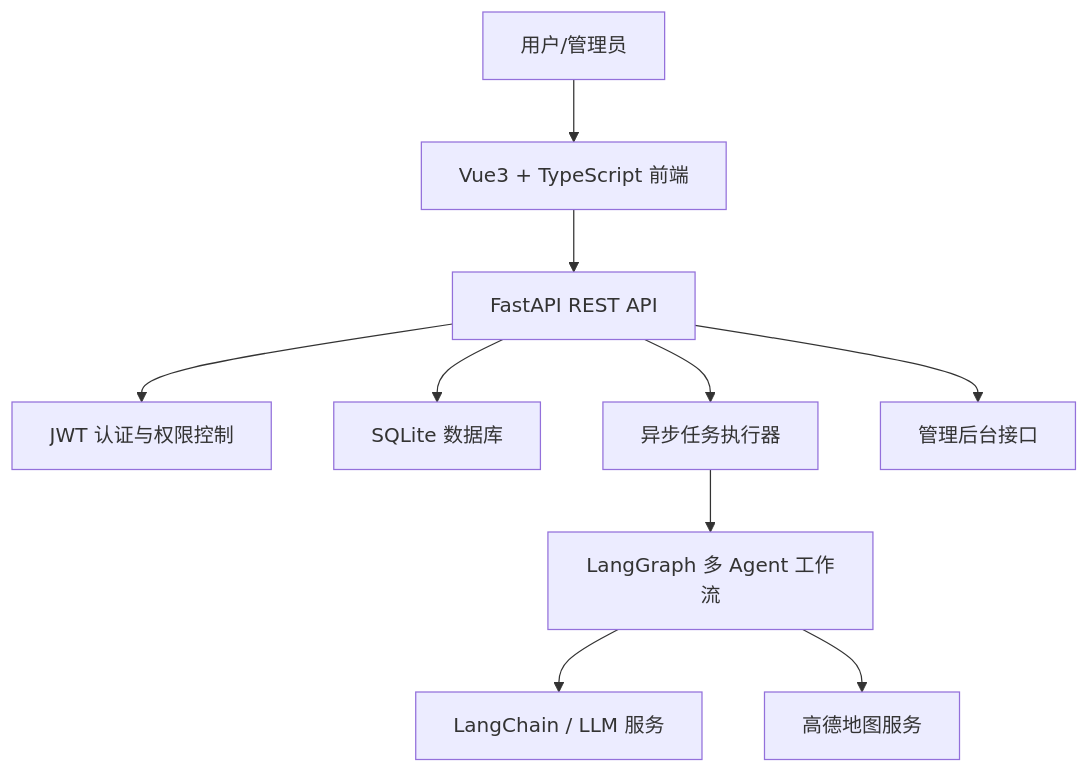
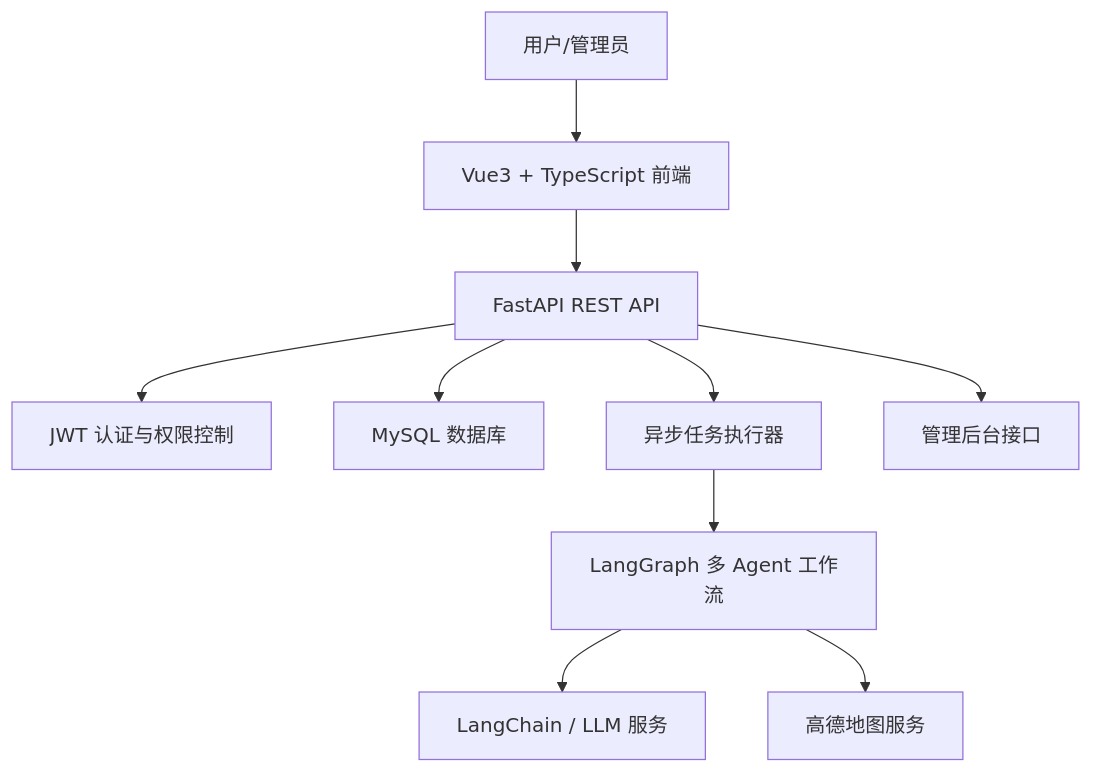
One commit to yirundong/tripmind-intelligent-trip-planner changed the first of 4 diagrams in docs/ARCHITECTURE.md. Above: the diagram before and after it, drawn with Mermaid. The commit also changed other lines of this file and 6 other files, not shown here.

````diff
--- a/docs/ARCHITECTURE.md
+++ b/docs/ARCHITECTURE.md
@@ -7,12 +7,12 @@
 ```mermaid
 flowchart TB
   U["用户/管理员"] --> F["Vue3 + TypeScript 前端"]
   F --> A["FastAPI REST API"]
   A --> Auth["JWT 认证与权限控制"]
-  A --> DB["SQLite 数据库"]
+  A --> DB["MySQL 数据库"]
   A --> Task["异步任务执行器"]
   Task --> G["LangGraph 多 Agent 工作流"]
   G --> LLM["LangChain / LLM 服务"]
   G --> Map["高德地图服务"]
   A --> Admin["管理后台接口"]
 ```
````
